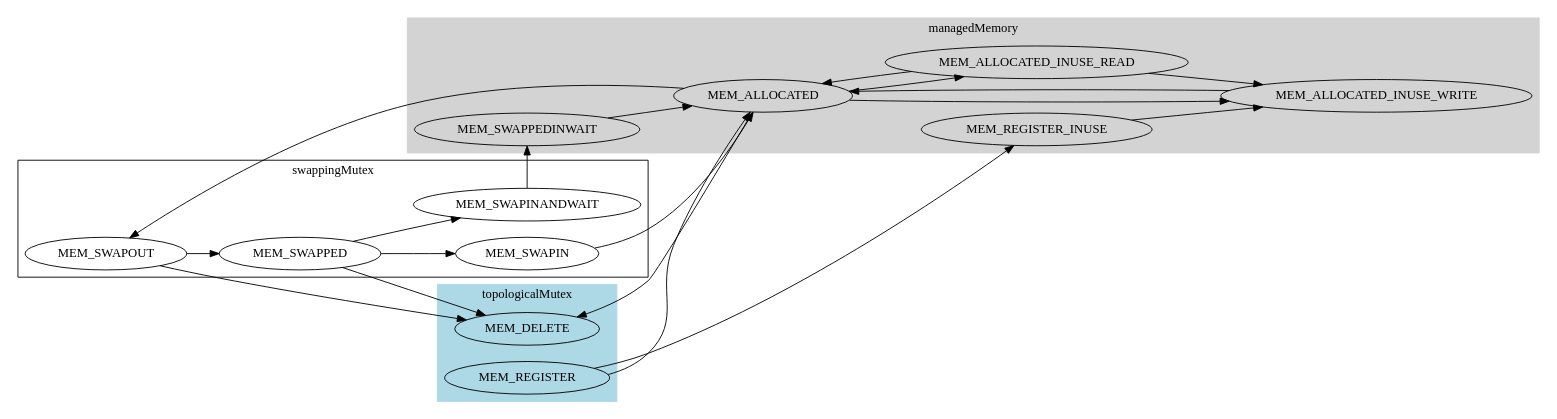
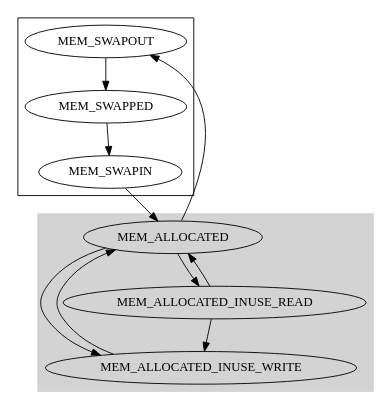
One commit to mimgrund/rambrain changed the diagram in doc/chunkStatusScheme.dot. Above: the diagram before and after it, drawn with Graphviz. The commit also changed 6 other files, not shown here.

```diff
--- a/doc/chunkStatusScheme.dot
+++ b/doc/chunkStatusScheme.dot
@@ -1,40 +1,24 @@
 digraph G {
-	graph [layout=dot rankdir=LR ]
-	subgraph cluster_0{
-		style=filled;
-		color=lightblue;
-		MEM_REGISTER;
-		MEM_DELETE;
-		label="topologicalMutex"
-	}
+	graph [layout=dot rankdir=TD ]
 	subgraph cluster_1{
 		style=filled;
                 color=lightgray;
-                MEM_SWAPPEDINWAIT;
 		MEM_ALLOCATED;
 		MEM_ALLOCATED_INUSE_WRITE;
 		MEM_ALLOCATED_INUSE_READ;
-		MEM_REGISTER_INUSE;
-		label="managedMemory"
+		
+		
 	}
 	subgraph cluster_2{
 		MEM_SWAPPED
 		MEM_SWAPOUT
 		MEM_SWAPIN
-		MEM_SWAPINANDWAIT;
-		label="swappingMutex"
+		
 	}
-	MEM_REGISTER->MEM_REGISTER_INUSE	
-	MEM_REGISTER->MEM_ALLOCATED
-	MEM_REGISTER_INUSE->MEM_ALLOCATED_INUSE_WRITE
 	MEM_ALLOCATED_INUSE_WRITE->MEM_ALLOCATED
 	MEM_ALLOCATED->MEM_ALLOCATED_INUSE_WRITE
 	MEM_ALLOCATED->MEM_ALLOCATED_INUSE_READ->MEM_ALLOCATED_INUSE_WRITE
 	MEM_ALLOCATED_INUSE_READ->MEM_ALLOCATED
-	MEM_SWAPPED->MEM_SWAPINANDWAIT->MEM_SWAPPEDINWAIT->MEM_ALLOCATED
 	MEM_ALLOCATED->MEM_SWAPOUT->MEM_SWAPPED->MEM_SWAPIN->MEM_ALLOCATED
-	MEM_ALLOCATED->MEM_DELETE
-	MEM_SWAPPED->MEM_DELETE
-	MEM_SWAPOUT->MEM_DELETE
 	
 }
```
